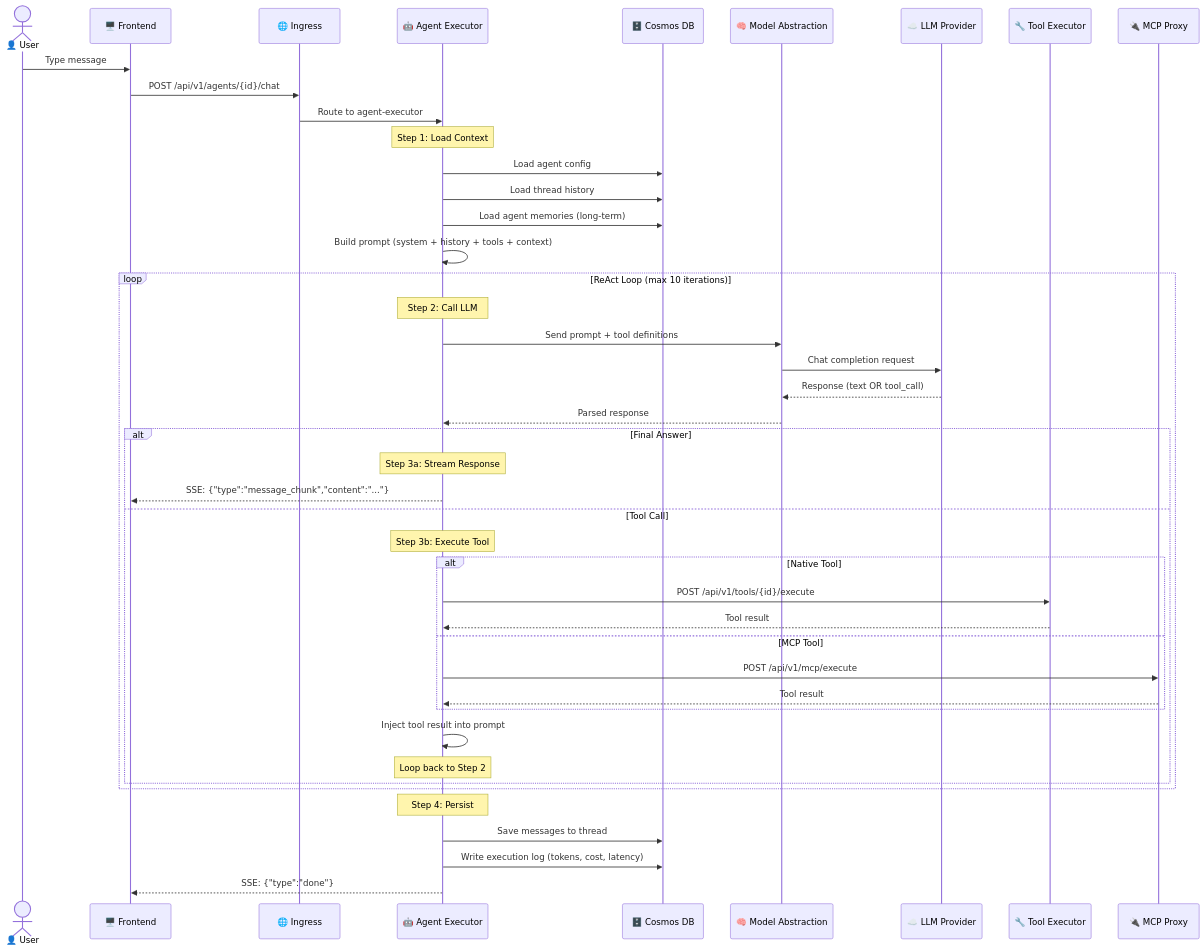
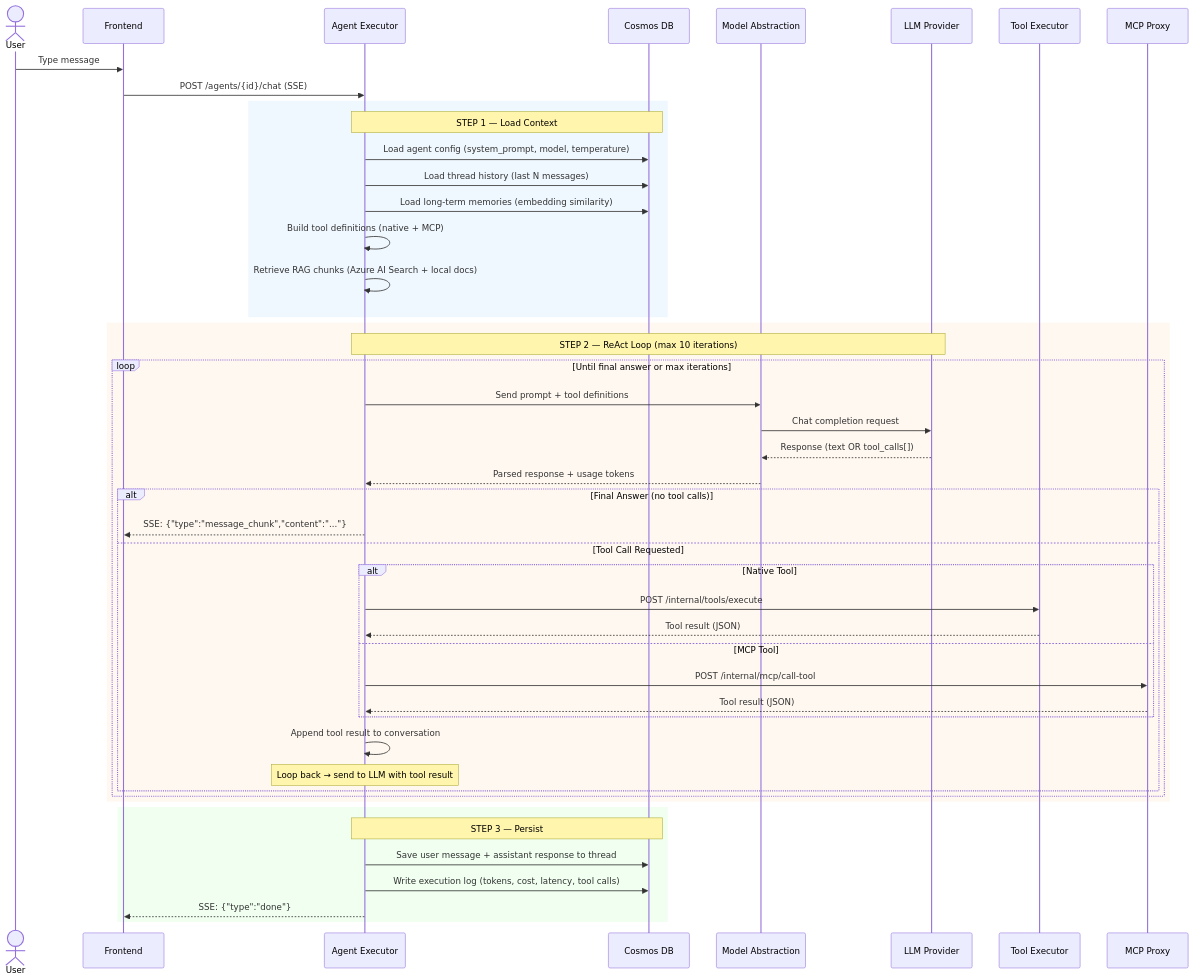
One commit to roie9876/AI-Platform-System changed the fourth of 7 diagrams in README.md. Above: the diagram before and after it, drawn with Mermaid. The commit also changed other lines of this file and 1 other file, not shown here.

Commit message:
docs: comprehensive README rewrite with full architecture documentation

````diff
--- a/README.md
+++ b/README.md
@@ -696,51 +434,54 @@
 ```mermaid
 sequenceDiagram
-    actor User as 👤 User
-    participant FE as 🖥️ Frontend
-    participant AGC as 🌐 Ingress
-    participant AE as 🤖 Agent Executor
-    participant DB as 🗄️ Cosmos DB
-    participant MAL as 🧠 Model Abstraction
-    participant LLM as ☁️ LLM Provider
-    participant TE as 🔧 Tool Executor
-    participant MCP as 🔌 MCP Proxy
+    actor User
+    participant FE as Frontend
+    participant AE as Agent Executor
+    participant DB as Cosmos DB
+    participant MAL as Model Abstraction
+    participant LLM as LLM Provider
+    participant TE as Tool Executor
+    participant MCP as MCP Proxy
 
     User->>FE: Type message
-    FE->>AGC: POST /api/v1/agents/{id}/chat
-    AGC->>AE: Route to agent-executor
+    FE->>AE: POST /agents/{id}/chat (SSE)
 
-    Note over AE: Step 1: Load Context
-    AE->>DB: Load agent config
-    AE->>DB: Load thread history
-    AE->>DB: Load agent memories (long-term)
-    AE->>AE: Build prompt (system + history + tools + context)
+    rect rgb(240, 248, 255)
+        Note over AE,DB: STEP 1 — Load Context
+        AE->>DB: Load agent config (system_prompt, model, temperature)
+        AE->>DB: Load thread history (last N messages)
+        AE->>DB: Load long-term memories (embedding similarity)
+        AE->>AE: Build tool definitions (native + MCP)
+        AE->>AE: Retrieve RAG chunks (Azure AI Search + local docs)
+    end
 
-    loop ReAct Loop (max 10 iterations)
-        Note over AE: Step 2: Call LLM
-        AE->>MAL: Send prompt + tool definitions
-        MAL->>LLM: Chat completion request
-        LLM-->>MAL: Response (text OR tool_call)
-        MAL-->>AE: Parsed response
+    rect rgb(255, 248, 240)
+        Note over AE,LLM: STEP 2 — ReAct Loop (max 10 iterations)
+        loop Until final answer or max iterations
+            AE->>MAL: Send prompt + tool definitions
+            MAL->>LLM: Chat completion request
+            LLM-->>MAL: Response (text OR tool_calls[])
+            MAL-->>AE: Parsed response + usage tokens
 
-        alt Final Answer
-            Note over AE: Step 3a: Stream Response
-            AE-->>FE: SSE: {"type":"message_chunk","content":"..."}
-        else Tool Call
-            Note over AE: Step 3b: Execute Tool
-            alt Native Tool
-                AE->>TE: POST /api/v1/tools/{id}/execute
-                TE-->>AE: Tool result
-            else MCP Tool
-                AE->>MCP: POST /api/v1/mcp/execute
-                MCP-->>AE: Tool result
+            alt Final Answer (no tool calls)
+                AE-->>FE: SSE: {"type":"message_chunk","content":"..."}
+            else Tool Call Requested
+                alt Native Tool
+                    AE->>TE: POST /internal/tools/execute
+                    TE-->>AE: Tool result (JSON)
+                else MCP Tool
+                    AE->>MCP: POST /internal/mcp/call-tool
+                    MCP-->>AE: Tool result (JSON)
+                end
+                AE->>AE: Append tool result to conversation
+                Note over AE: Loop back → send to LLM with tool result
             end
-            AE->>AE: Inject tool result into prompt
-            Note over AE: Loop back to Step 2
         end
     end
 
-    Note over AE: Step 4: Persist
-    AE->>DB: Save messages to thread
-    AE->>DB: Write execution log (tokens, cost, latency)
-    AE-->>FE: SSE: {"type":"done"}
+    rect rgb(240, 255, 240)
+        Note over AE,DB: STEP 3 — Persist
+        AE->>DB: Save user message + assistant response to thread
+        AE->>DB: Write execution log (tokens, cost, latency, tool calls)
+        AE-->>FE: SSE: {"type":"done"}
+    end
 ```
````
